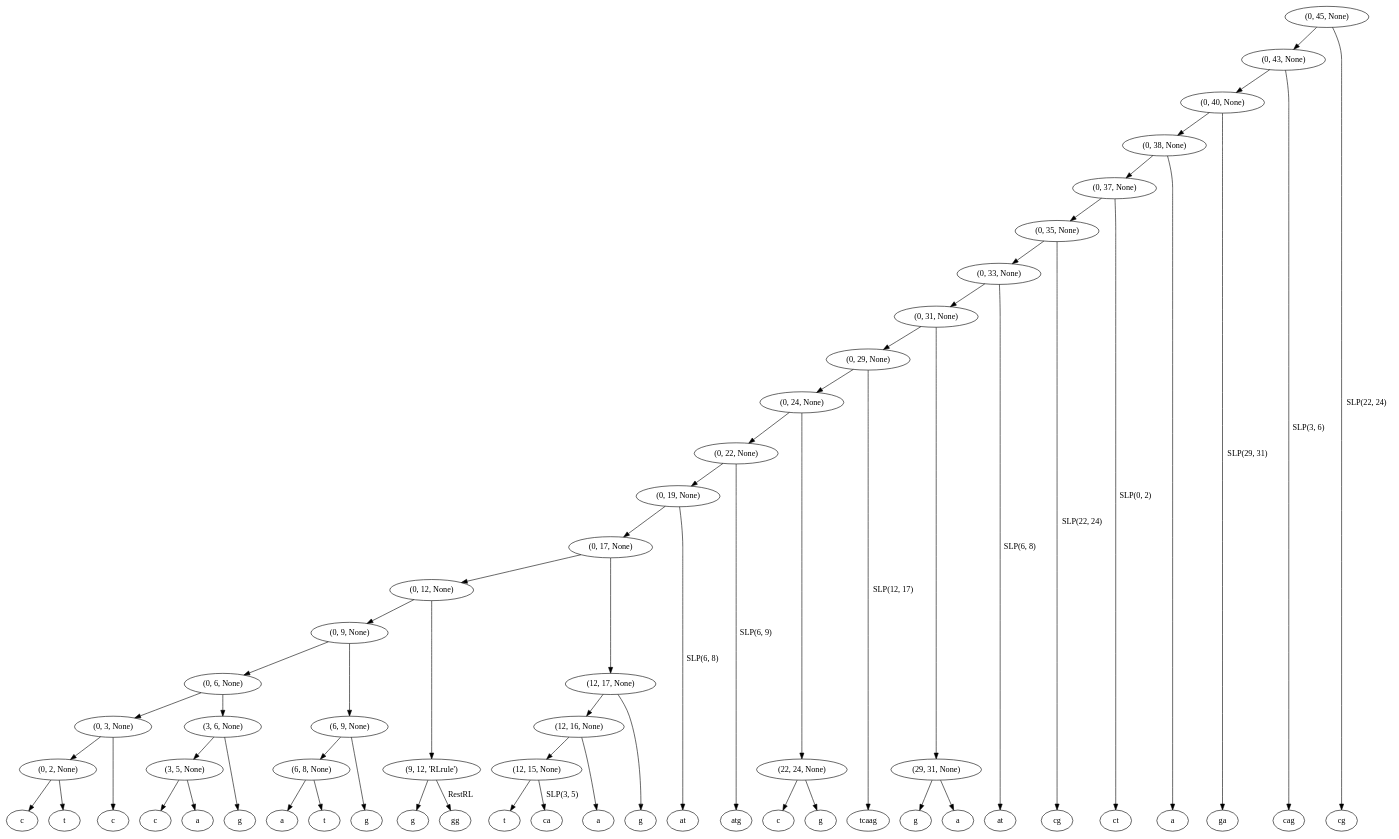
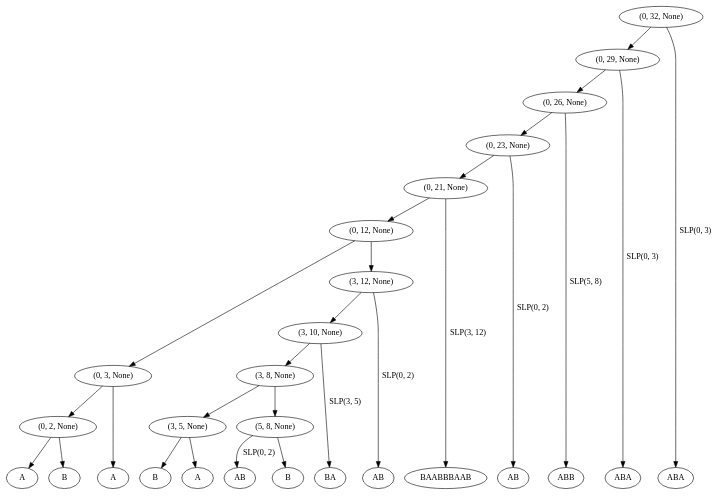
Before and after one commit to it9lab/satcomp: the diagram in dot/rlslp_json.dot, drawn with Graphviz. The commit also changed 8700 other files, not shown here.

```diff
--- a/dot/rlslp_json.dot
+++ b/dot/rlslp_json.dot
@@ -1,89 +1,44 @@
 digraph G {
-  "(0, 1, 99)" [label="c"];
-  "(0, 2, None)" -> "(0, 1, 99)";
-  "(0, 2, None)" -> "(1, 2, 116)";
-  "(0, 45, None)" -> "(0, 43, None)";
-  "(0, 45, None)" -> "(43, 45, 22)" [label="SLP(22, 24)"];
+  "(0, 1, 65)" [label="A"];
+  "(0, 2, None)" -> "(0, 1, 65)";
+  "(0, 2, None)" -> "(1, 2, 66)";
   "(0, 3, None)" -> "(0, 2, None)";
-  "(0, 3, None)" -> "(2, 3, 99)";
-  "(0, 6, None)" -> "(0, 3, None)";
-  "(0, 6, None)" -> "(3, 6, None)";
-  "(0, 9, None)" -> "(0, 6, None)";
-  "(0, 9, None)" -> "(6, 9, None)";
-  "(0, 12, None)" -> "(0, 9, None)";
-  "(0, 12, None)" -> "(9, 12, 'RLrule')";
-  "(0, 17, None)" -> "(0, 12, None)";
-  "(0, 17, None)" -> "(12, 17, None)";
-  "(0, 19, None)" -> "(0, 17, None)";
-  "(0, 19, None)" -> "(17, 19, 6)" [label="SLP(6, 8)"];
-  "(0, 22, None)" -> "(0, 19, None)";
-  "(0, 22, None)" -> "(19, 22, 6)" [label="SLP(6, 9)"];
-  "(0, 24, None)" -> "(0, 22, None)";
-  "(0, 24, None)" -> "(22, 24, None)";
-  "(0, 29, None)" -> "(0, 24, None)";
-  "(0, 29, None)" -> "(24, 29, 12)" [label="SLP(12, 17)"];
-  "(0, 31, None)" -> "(0, 29, None)";
-  "(0, 31, None)" -> "(29, 31, None)";
-  "(0, 33, None)" -> "(0, 31, None)";
-  "(0, 33, None)" -> "(31, 33, 6)" [label="SLP(6, 8)"];
-  "(0, 35, None)" -> "(0, 33, None)";
-  "(0, 35, None)" -> "(33, 35, 22)" [label="SLP(22, 24)"];
-  "(0, 37, None)" -> "(0, 35, None)";
-  "(0, 37, None)" -> "(35, 37, 0)" [label="SLP(0, 2)"];
-  "(0, 38, None)" -> "(0, 37, None)";
-  "(0, 38, None)" -> "(37, 38, 97)";
-  "(0, 40, None)" -> "(0, 38, None)";
-  "(0, 40, None)" -> "(38, 40, 29)" [label="SLP(29, 31)"];
-  "(0, 43, None)" -> "(0, 40, None)";
-  "(0, 43, None)" -> "(40, 43, 3)" [label="SLP(3, 6)"];
-  "(1, 2, 116)" [label="t"];
-  "(2, 3, 99)" [label="c"];
-  "(3, 4, 99)" [label="c"];
-  "(3, 5, None)" -> "(3, 4, 99)";
-  "(3, 5, None)" -> "(4, 5, 97)";
-  "(3, 6, None)" -> "(3, 5, None)";
-  "(3, 6, None)" -> "(5, 6, 103)";
-  "(4, 5, 97)" [label="a"];
-  "(5, 6, 103)" [label="g"];
-  "(6, 7, 97)" [label="a"];
-  "(6, 8, None)" -> "(6, 7, 97)";
-  "(6, 8, None)" -> "(7, 8, 116)";
-  "(6, 9, None)" -> "(6, 8, None)";
-  "(6, 9, None)" -> "(8, 9, 103)";
-  "(7, 8, 116)" [label="t"];
-  "(8, 9, 103)" [label="g"];
-  "(9, 10, 103)" [label="g"];
-  "(9, 12, 'RLrule')" -> "(9, 10, 103)";
-  "(9, 12, 'RLrule')" -> "(10, 12, 9)" [label="RestRL"];
-  "(10, 12, 9)" [label="gg"];
-  "(12, 13, 116)" [label="t"];
-  "(12, 17, None)" -> "(12, 16, None)";
-  "(12, 17, None)" -> "(16, 17, 103)";
-  "(12, 15, None)" -> "(12, 13, 116)";
-  "(12, 15, None)" -> "(13, 15, 3)" [label="SLP(3, 5)"];
-  "(12, 16, None)" -> "(12, 15, None)";
-  "(12, 16, None)" -> "(15, 16, 97)";
-  "(13, 15, 3)" [label="ca"];
-  "(15, 16, 97)" [label="a"];
-  "(16, 17, 103)" [label="g"];
-  "(17, 19, 6)" [label="at"];
-  "(19, 22, 6)" [label="atg"];
-  "(22, 23, 99)" [label="c"];
-  "(22, 24, None)" -> "(22, 23, 99)";
-  "(22, 24, None)" -> "(23, 24, 103)";
-  "(23, 24, 103)" [label="g"];
-  "(24, 29, 12)" [label="tcaag"];
-  "(29, 30, 103)" [label="g"];
-  "(29, 31, None)" -> "(29, 30, 103)";
-  "(29, 31, None)" -> "(30, 31, 97)";
-  "(30, 31, 97)" [label="a"];
-  "(31, 33, 6)" [label="at"];
-  "(33, 35, 22)" [label="cg"];
-  "(35, 37, 0)" [label="ct"];
-  "(37, 38, 97)" [label="a"];
-  "(38, 40, 29)" [label="ga"];
-  "(40, 43, 3)" [label="cag"];
-  "(43, 45, 22)" [label="cg"];
-  {rank=same; "(0, 1, 99)" "(1, 2, 116)" "(2, 3, 99)" "(3, 4, 99)" "(4, 5, 97)" "(5, 6, 103)" "(6, 7, 97)" "(7, 8, 116)" "(8, 9, 103)" "(9, 10, 103)" "(10, 12, 9)" "(12, 13, 116)" "(13, 15, 3)" "(15, 16, 97)" "(16, 17, 103)" "(17, 19, 6)" "(19, 22, 6)" "(22, 23, 99)" "(23, 24, 103)" "(24, 29, 12)" "(29, 30, 103)" "(30, 31, 97)" "(31, 33, 6)" "(33, 35, 22)" "(35, 37, 0)" "(37, 38, 97)" "(38, 40, 29)" "(40, 43, 3)" "(43, 45, 22)" }
+  "(0, 3, None)" -> "(2, 3, 65)";
+  "(0, 32, None)" -> "(0, 29, None)";
+  "(0, 32, None)" -> "(29, 32, 0)" [label="SLP(0, 3)"];
+  "(0, 12, None)" -> "(0, 3, None)";
+  "(0, 12, None)" -> "(3, 12, None)";
+  "(0, 21, None)" -> "(0, 12, None)";
+  "(0, 21, None)" -> "(12, 21, 3)" [label="SLP(3, 12)"];
+  "(0, 23, None)" -> "(0, 21, None)";
+  "(0, 23, None)" -> "(21, 23, 0)" [label="SLP(0, 2)"];
+  "(0, 26, None)" -> "(0, 23, None)";
+  "(0, 26, None)" -> "(23, 26, 5)" [label="SLP(5, 8)"];
+  "(0, 29, None)" -> "(0, 26, None)";
+  "(0, 29, None)" -> "(26, 29, 0)" [label="SLP(0, 3)"];
+  "(1, 2, 66)" [label="B"];
+  "(2, 3, 65)" [label="A"];
+  "(3, 4, 66)" [label="B"];
+  "(3, 5, None)" -> "(3, 4, 66)";
+  "(3, 5, None)" -> "(4, 5, 65)";
+  "(3, 12, None)" -> "(3, 10, None)";
+  "(3, 12, None)" -> "(10, 12, 0)" [label="SLP(0, 2)"];
+  "(3, 8, None)" -> "(3, 5, None)";
+  "(3, 8, None)" -> "(5, 8, None)";
+  "(3, 10, None)" -> "(3, 8, None)";
+  "(3, 10, None)" -> "(8, 10, 3)" [label="SLP(3, 5)"];
+  "(4, 5, 65)" [label="A"];
+  "(5, 7, 0)" [label="AB"];
+  "(5, 8, None)" -> "(5, 7, 0)" [label="SLP(0, 2)"];
+  "(5, 8, None)" -> "(7, 8, 66)";
+  "(7, 8, 66)" [label="B"];
+  "(8, 10, 3)" [label="BA"];
+  "(10, 12, 0)" [label="AB"];
+  "(12, 21, 3)" [label="BAABBBAAB"];
+  "(21, 23, 0)" [label="AB"];
+  "(23, 26, 5)" [label="ABB"];
+  "(26, 29, 0)" [label="ABA"];
+  "(29, 32, 0)" [label="ABA"];
+  {rank=same; "(0, 1, 65)" "(1, 2, 66)" "(2, 3, 65)" "(3, 4, 66)" "(4, 5, 65)" "(5, 7, 0)" "(7, 8, 66)" "(8, 10, 3)" "(10, 12, 0)" "(12, 21, 3)" "(21, 23, 0)" "(23, 26, 5)" "(26, 29, 0)" "(29, 32, 0)" }
   ordering=out;
 }
```
